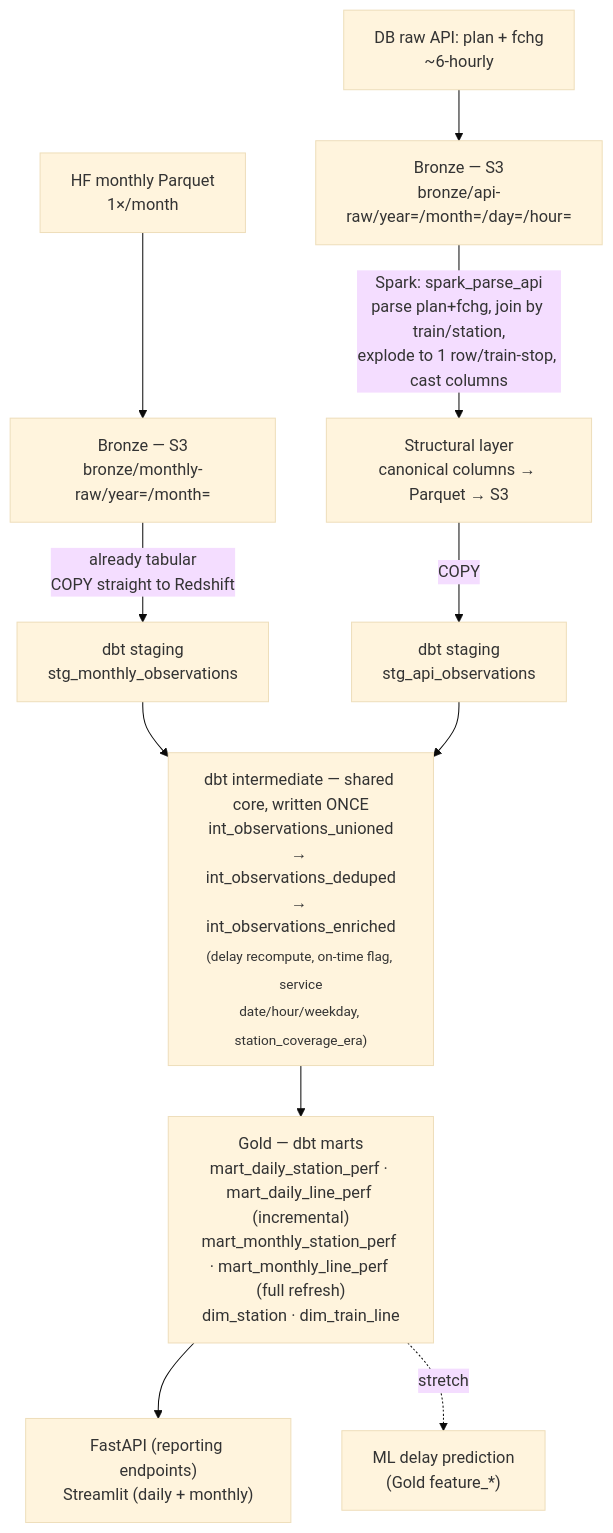
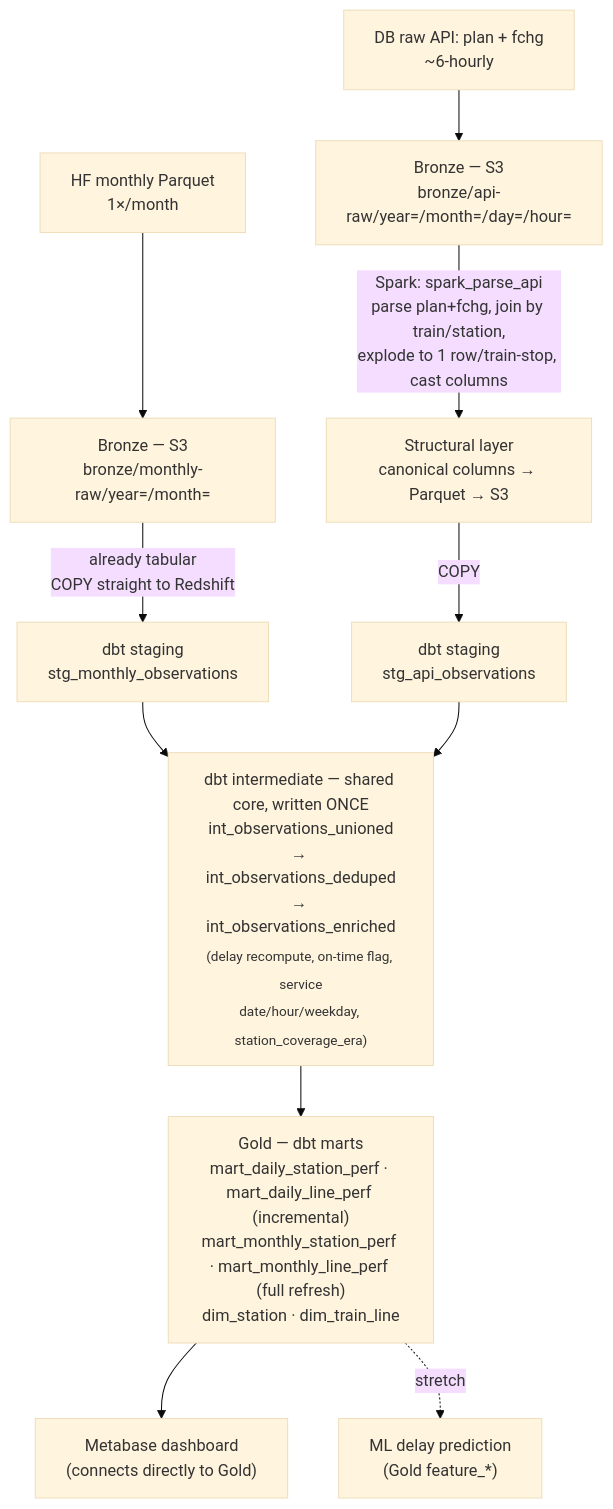
One commit to koutafraout/deutsche-bahn-end-to-end-analytics-pipeline changed the second of 2 diagrams in docs/architecture.md. Above: the diagram before and after it, drawn with Mermaid (base theme). The commit also changed other lines of this file, not shown here.

Commit message:
docs: document Metabase as the serving layer in architecture.md

````diff
--- a/docs/architecture.md
+++ b/docs/architecture.md
@@ -58,16 +60,16 @@
 ```mermaid
 flowchart TD
     S1["HF monthly Parquet<br/>1×/month"] --> B1["Bronze — S3<br/>bronze/monthly-raw/year=/month="]
     S2["DB raw API: plan + fchg<br/>~6-hourly"] --> B2["Bronze — S3<br/>bronze/api-raw/year=/month=/day=/hour="]
 
     B1 -->|"already tabular<br/>COPY straight to Redshift"| ST1["dbt staging<br/>stg_monthly_observations"]
     B2 -->|"Spark: spark_parse_api<br/>parse plan+fchg, join by train/station,<br/>explode to 1 row/train-stop, cast columns"| SP["Structural layer<br/>canonical columns → Parquet → S3"]
     SP -->|COPY| ST2["dbt staging<br/>stg_api_observations"]
 
     ST1 --> INT
     ST2 --> INT
     INT["dbt intermediate — shared core, written ONCE<br/>int_observations_unioned<br/>→ int_observations_deduped<br/>→ int_observations_enriched<br/><sub>(delay recompute, on-time flag, service<br/>date/hour/weekday, station_coverage_era)</sub>"] --> GOLD
 
-    GOLD["Gold — dbt marts<br/>mart_daily_station_perf · mart_daily_line_perf (incremental)<br/>mart_monthly_station_perf · mart_monthly_line_perf (full refresh)<br/>dim_station · dim_train_line"] --> SERVE["FastAPI (reporting endpoints)<br/>Streamlit (daily + monthly)"]
+    GOLD["Gold — dbt marts<br/>mart_daily_station_perf · mart_daily_line_perf (incremental)<br/>mart_monthly_station_perf · mart_monthly_line_perf (full refresh)<br/>dim_station · dim_train_line"] --> SERVE["Metabase dashboard<br/>(connects directly to Gold)"]
     GOLD -.stretch.-> ML["ML delay prediction<br/>(Gold feature_*)"]
 ```
````
